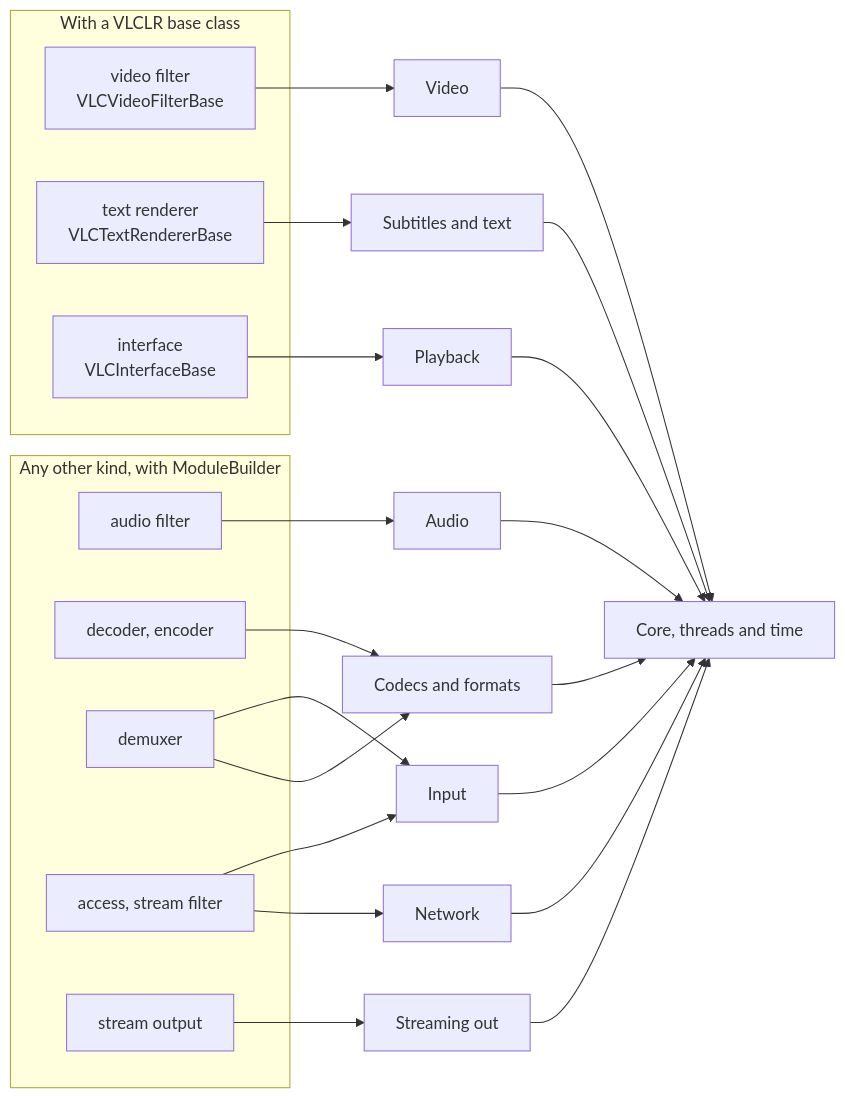
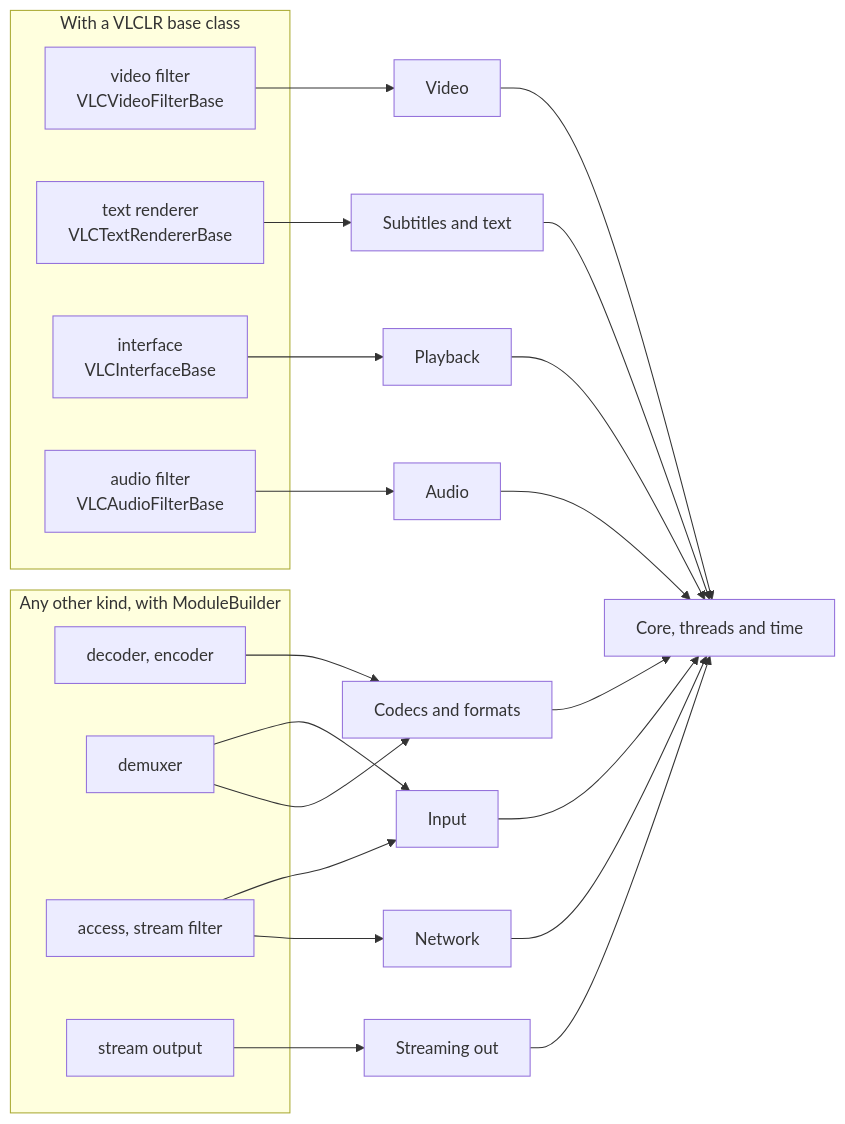
Before and after one commit to mfkl/vlclr: the diagram in README.md, drawn with Mermaid. The commit also changed other lines of this file and 20 other files, not shown here.

First line of the commit message:
vlclr: VLCAudioFilterBase, audio filter modules, and VLC's gain in C#

````diff
--- a/README.md
+++ b/README.md
@@ -68,26 +68,26 @@
 ```mermaid
 flowchart LR
   subgraph base["With a VLCLR base class"]
     VF["video filter<br/>VLCVideoFilterBase"]
     TR["text renderer<br/>VLCTextRendererBase"]
     IF["interface<br/>VLCInterfaceBase"]
+    AF["audio filter<br/>VLCAudioFilterBase"]
   end
   subgraph builder["Any other kind, with ModuleBuilder"]
-    AF[audio filter]
     DEC[decoder, encoder]
     DMX[demuxer]
     ACC[access, stream filter]
     SO[stream output]
   end
   VF --> VID[Video]
   TR --> SUB[Subtitles and text]
   AF --> AUD[Audio]
   DEC --> COD[Codecs and formats]
   DMX --> INP[Input]
   DMX --> COD
   ACC --> INP
   ACC --> NET[Network]
   SO --> OUT[Streaming out]
   IF --> PLAY[Playback]
   VID & SUB & AUD & COD & INP & NET & OUT & PLAY --> CORE[Core, threads and time]
 ```
````
